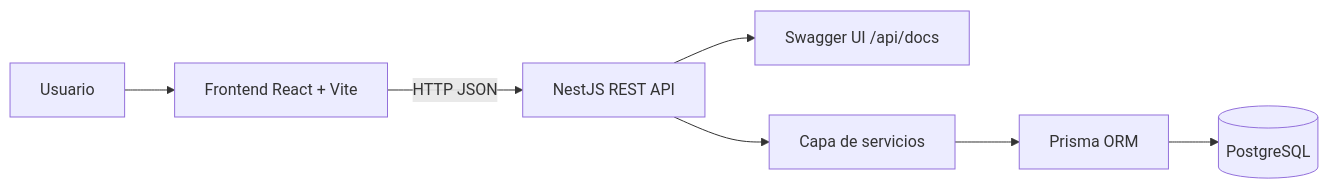
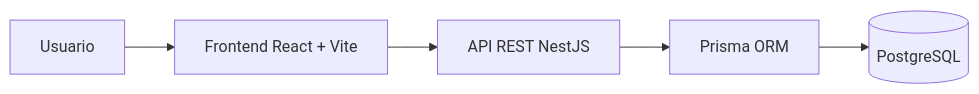
One commit to andrestorresaioros/Prueba-Tecnica-Series changed the first of 2 diagrams in README.md. Above: the diagram before and after it, drawn with Mermaid. The commit also changed other lines of this file, not shown here.

````diff
--- a/README.md
+++ b/README.md
@@ -31,9 +80,7 @@
 ```mermaid
 flowchart LR
-    User[Usuario] --> Web[Frontend React + Vite]
-    Web -->|HTTP JSON| API[NestJS REST API]
-    API --> Swagger[Swagger UI /api/docs]
-    API --> Service[Capa de servicios]
-    Service --> Prisma[Prisma ORM]
-    Prisma --> DB[(PostgreSQL)]
+    A[Usuario] --> B[Frontend React + Vite]
+    B --> C[API REST NestJS]
+    C --> D[Prisma ORM]
+    D --> E[(PostgreSQL)]
 ```
````
